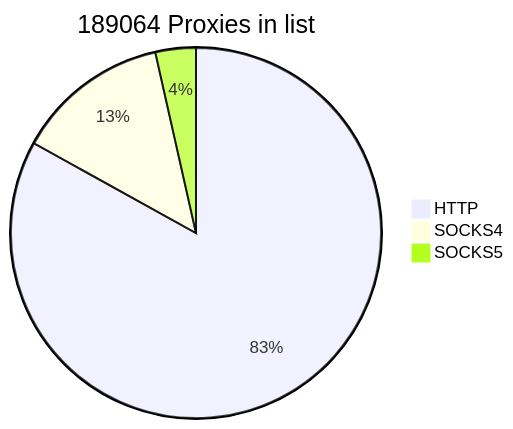
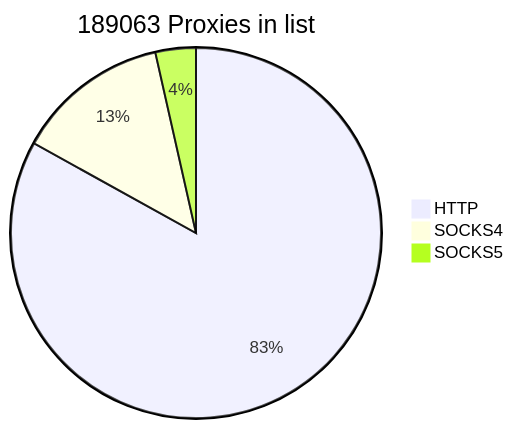
One commit to cutipu/proxylist changed the first of 2 diagrams in README.md. Above: the diagram before and after it, drawn with Mermaid. The commit also changed other lines of this file, not shown here.

````diff
--- a/README.md
+++ b/README.md
@@ -2,7 +2,7 @@
 ```mermaid
-pie title 189064 Proxies in list
+pie title 189063 Proxies in list
     "HTTP" : 157009
     "SOCKS4" : 25383
-    "SOCKS5" : 6672
+    "SOCKS5" : 6671
             
 ```
````
